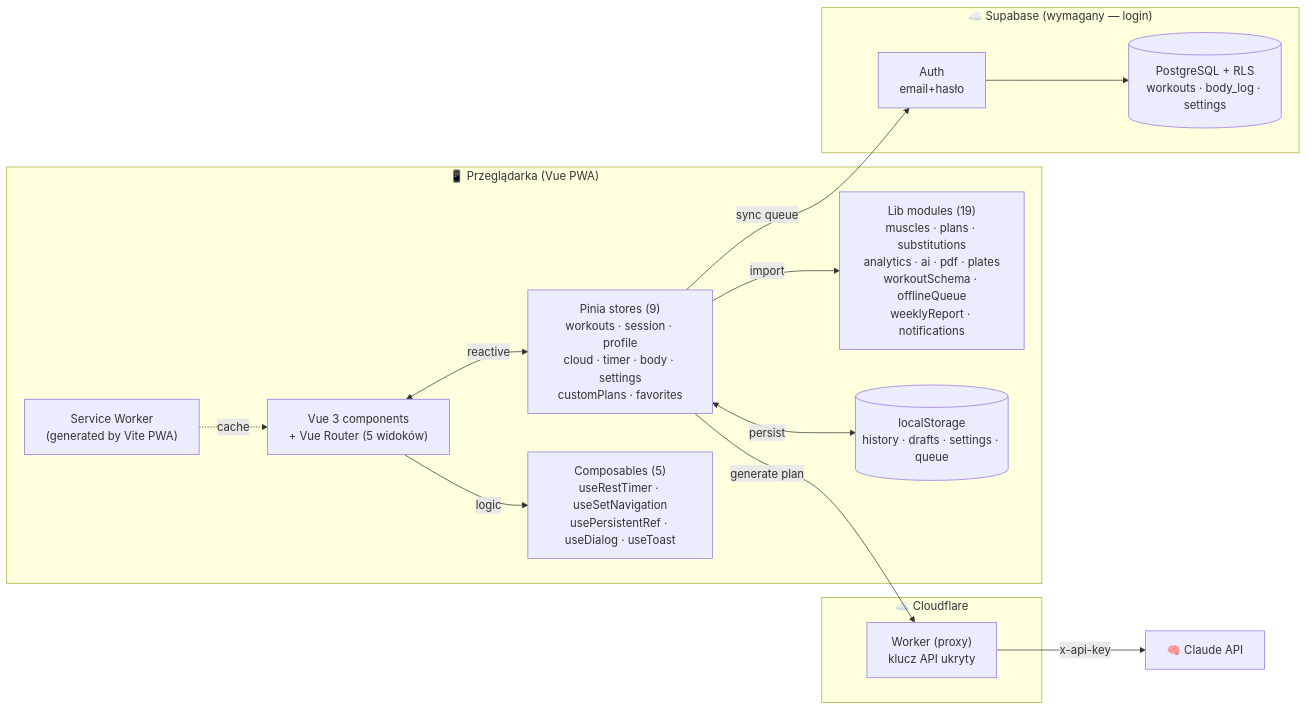
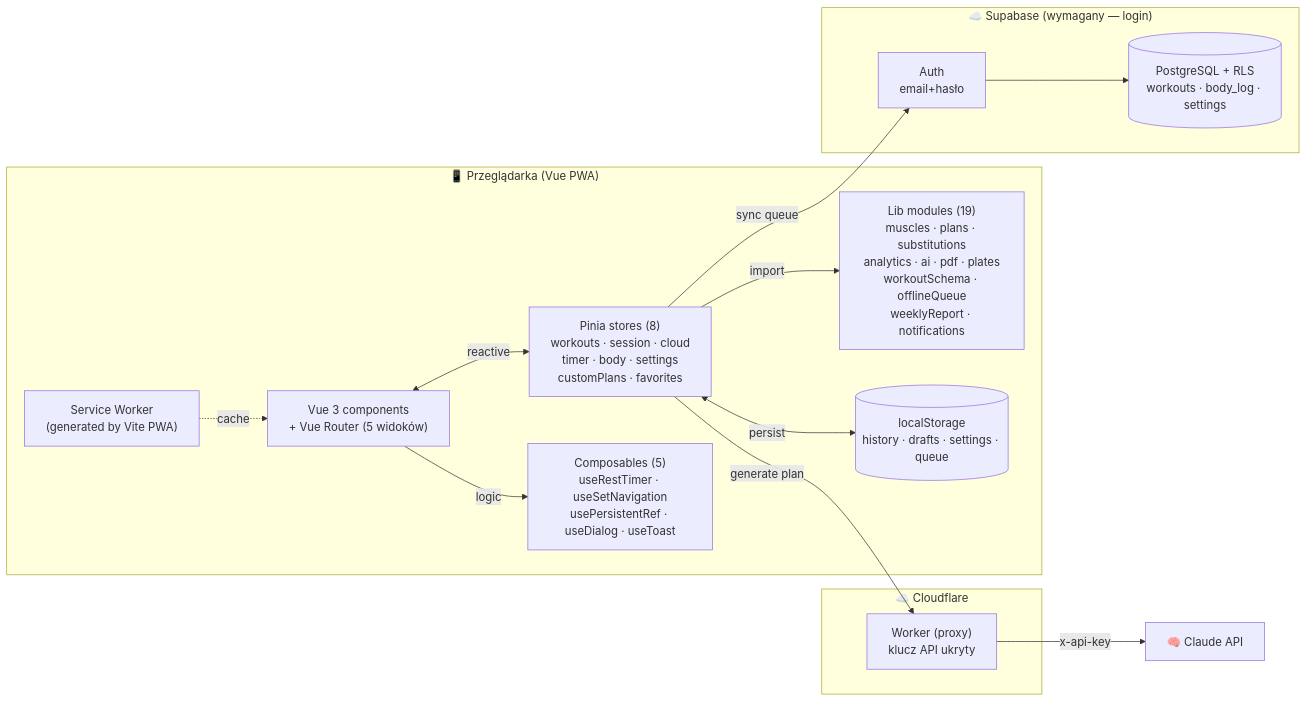
The first of 2 diagrams in README.md (LukaszBonio/trening), drawn with Mermaid before and after one commit. The commit also changed other lines of this file, not shown here.

````diff
--- a/README.md
+++ b/README.md
@@ -233,29 +233,29 @@
 ```mermaid
 flowchart LR
     subgraph Client["📱 Przeglądarka (Vue PWA)"]
         UI["Vue 3 components<br/>+ Vue Router (5 widoków)"]
-        Stores["Pinia stores (9)<br/>workouts · session · profile<br/>cloud · timer · body · settings<br/>customPlans · favorites"]
+        Stores["Pinia stores (8)<br/>workouts · session · cloud<br/>timer · body · settings<br/>customPlans · favorites"]
         Composables["Composables (5)<br/>useRestTimer · useSetNavigation<br/>usePersistentRef · useDialog · useToast"]
         Libs["Lib modules (19)<br/>muscles · plans · substitutions<br/>analytics · ai · pdf · plates<br/>workoutSchema · offlineQueue<br/>weeklyReport · notifications"]
         SW["Service Worker<br/>(generated by Vite PWA)"]
         LS[("localStorage<br/>history · drafts · settings · queue")]
     end
     subgraph Edge["☁️ Cloudflare"]
         W["Worker (proxy)<br/>klucz API ukryty"]
     end
     subgraph Cloud["☁️ Supabase (wymagany — login)"]
         Auth["Auth<br/>email+hasło"]
         DB[("PostgreSQL + RLS<br/>workouts · body_log · settings")]
     end
     AI["🧠 Claude API"]
 
     UI <-->|reactive| Stores
     UI -->|logic| Composables
     Stores <-->|persist| LS
     Stores -->|import| Libs
     SW -.->|cache| UI
     Stores -->|generate plan| W
     W -->|x-api-key| AI
     Stores -->|sync queue| Auth
     Auth --> DB
 ```
````
